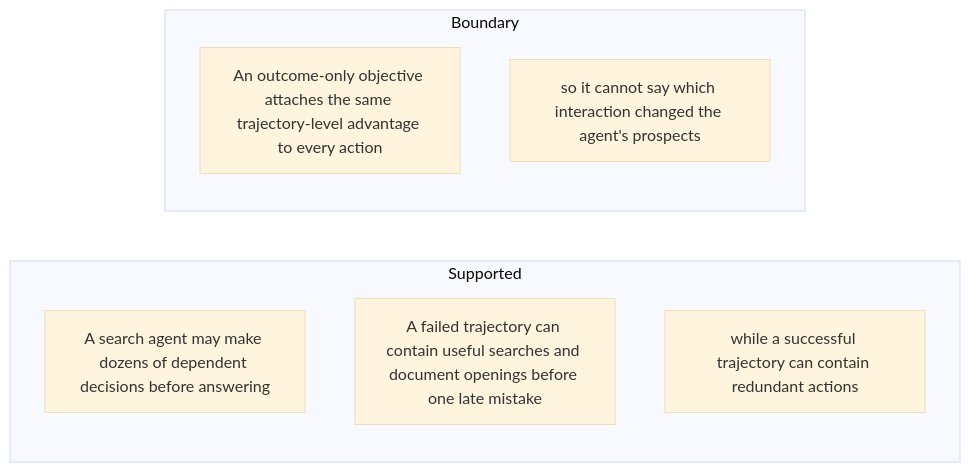
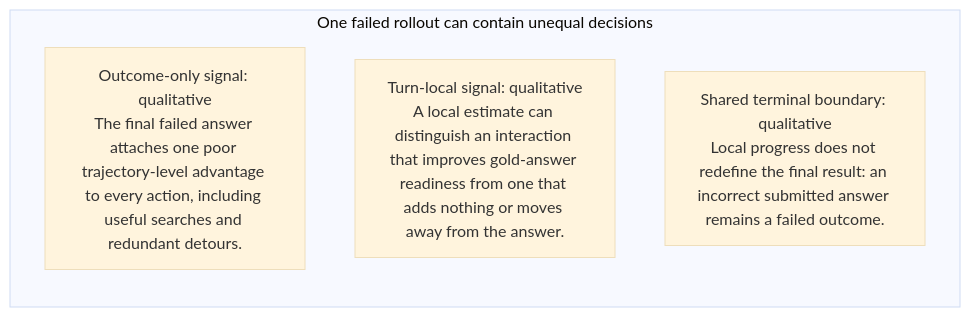
One commit to Betancourt1/paper_atlas changed the third of 48 diagrams in docs/visual-manifests/VISUAL_MANIFEST_TRACE.md. Above: the diagram before and after it, drawn with Mermaid (base theme). The commit also changed other lines of this file and 7 other files, not shown here.

````diff
--- a/docs/visual-manifests/VISUAL_MANIFEST_TRACE.md
+++ b/docs/visual-manifests/VISUAL_MANIFEST_TRACE.md
@@ -212,12 +202,8 @@
 ```mermaid
 flowchart LR
-  subgraph Supported
-    a1["A search agent may make dozens of dependent decisions before answering"]
-    a2["A failed trajectory can contain useful searches and document openings before one late mistake"]
-    a3["while a successful trajectory can contain redundant actions"]
-  end
-  subgraph Boundary
-    b1["An outcome-only objective attaches the same trajectory-level advantage to every action"]
-    b2["so it cannot say which interaction changed the agent's prospects"]
+  subgraph p1["One failed rollout can contain unequal decisions"]
+    p1r1["Outcome-only signal: qualitative<br/>The final failed answer attaches one poor trajectory-level advantage to every action, including useful searches and redundant detours."]
+    p1r2["Turn-local signal: qualitative<br/>A local estimate can distinguish an interaction that improves gold-answer readiness from one that adds nothing or moves away from the answer."]
+    p1r3["Shared terminal boundary: qualitative<br/>Local progress does not redefine the final result: an incorrect submitted answer remains a failed outcome."]
   end
 ```
````
